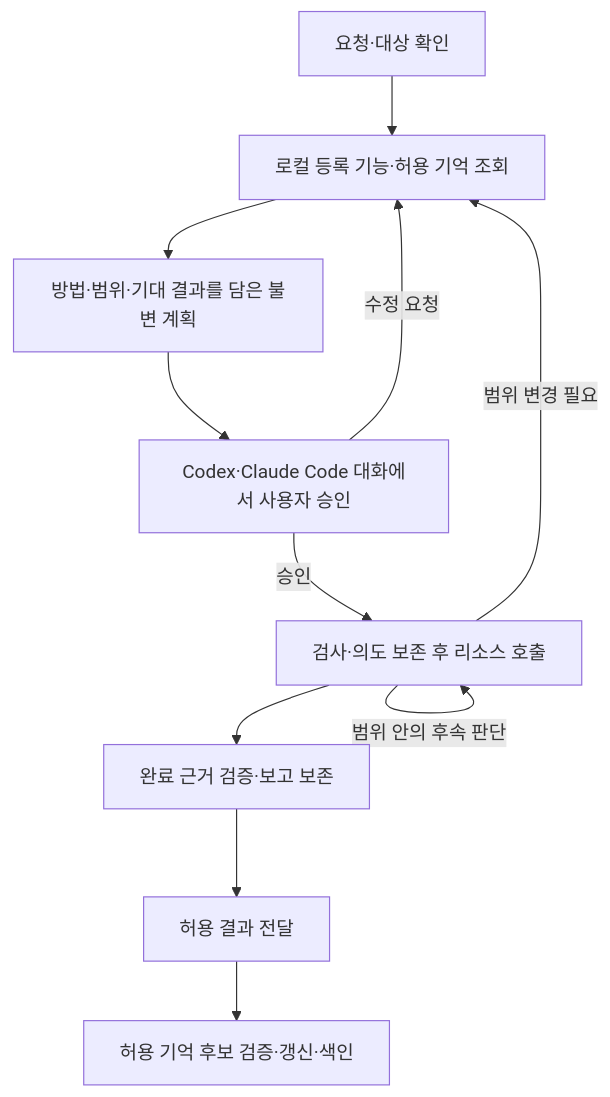
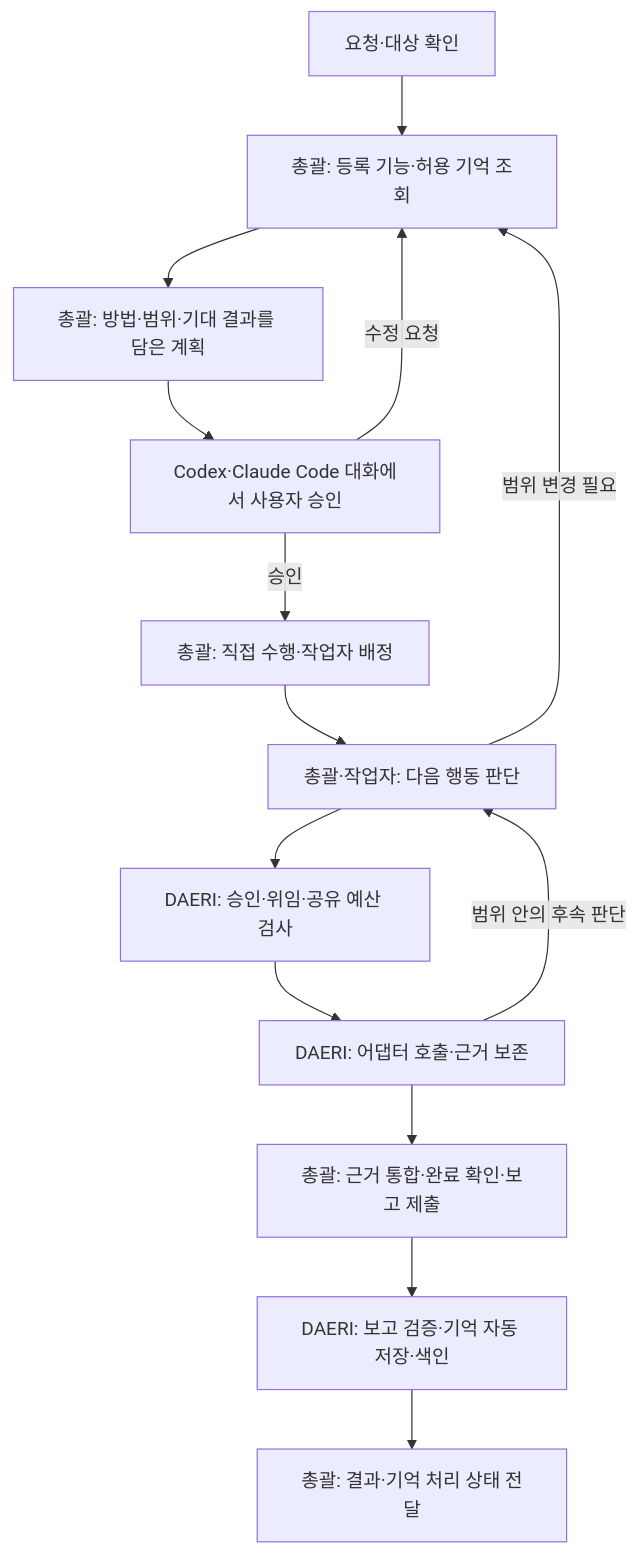
Before and after one commit to VVoodyHong/DAERI: the diagram in docs/spec/tasks/workflow.md, drawn with Mermaid. The commit also changed other lines of this file and 66 other files, not shown here.

````diff
--- a/docs/spec/tasks/workflow.md
+++ b/docs/spec/tasks/workflow.md
@@ -22,13 +21,16 @@
 ```mermaid
 flowchart TD
-    A[요청·대상 확인] --> B[로컬 등록 기능·허용 기억 조회]
-    B --> C[방법·범위·기대 결과를 담은 불변 계획]
+    A[요청·대상 확인] --> B[총괄: 등록 기능·허용 기억 조회]
+    B --> C[총괄: 방법·범위·기대 결과를 담은 계획]
     C --> D[Codex·Claude Code 대화에서 사용자 승인]
-    D -->|승인| E[검사·의도 보존 후 리소스 호출]
+    D -->|승인| E[총괄: 직접 수행·작업자 배정]
     D -->|수정 요청| B
-    E -->|범위 안의 후속 판단| E
-    E -->|범위 변경 필요| B
-    E --> F[완료 근거 검증·보고 보존]
-    F --> G[허용 결과 전달]
-    G --> H[허용 기억 후보 검증·갱신·색인]
+    E --> F[총괄·작업자: 다음 행동 판단]
+    F --> G[DAERI: 승인·위임·공유 예산 검사]
+    G --> H[DAERI: 어댑터 호출·근거 보존]
+    H -->|범위 안의 후속 판단| F
+    F -->|범위 변경 필요| B
+    H --> I[총괄: 근거 통합·완료 확인·보고 제출]
+    I --> J[DAERI: 보고 검증·기억 자동 저장·색인]
+    J --> K[총괄: 결과·기억 처리 상태 전달]
 ```
````
